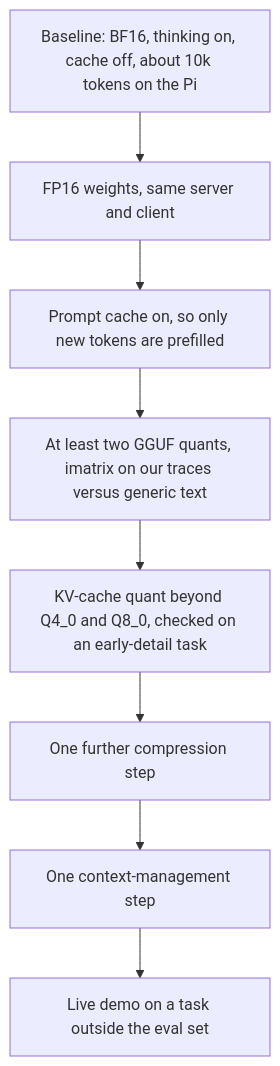
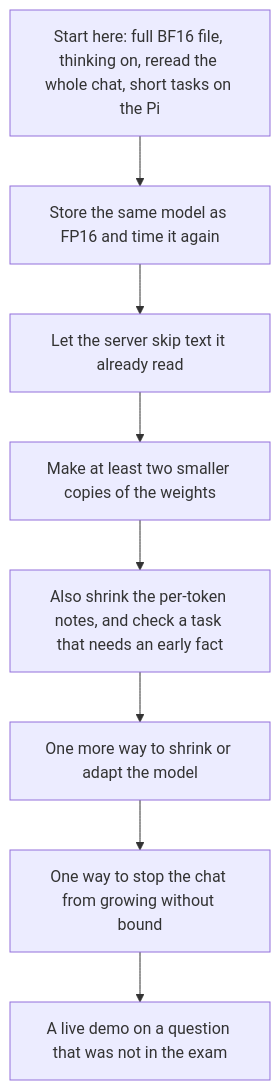
Before and after one commit to WajahatRiaz/g7a1-ai-edge-devices-project: the sixth of 6 diagrams in docs/Presentation.md, drawn with Mermaid. The commit also changed other lines of this file, not shown here.

````diff
--- a/docs/Presentation.md
+++ b/docs/Presentation.md
@@ -275,11 +381,11 @@
 ```mermaid
 flowchart TD
-  B[Baseline: BF16, thinking on, cache off, about 10k tokens on the Pi]
-  B --> F[FP16 weights, same server and client]
-  F --> C[Prompt cache on, so only new tokens are prefilled]
-  C --> Q[At least two GGUF quants, imatrix on our traces versus generic text]
-  Q --> K[KV-cache quant beyond Q4_0 and Q8_0, checked on an early-detail task]
-  K --> R[One further compression step]
-  R --> X[One context-management step]
-  X --> D[Live demo on a task outside the eval set]
+  B[Start here: full BF16 file, thinking on, reread the whole chat, short tasks on the Pi]
+  B --> F[Store the same model as FP16 and time it again]
+  F --> C[Let the server skip text it already read]
+  C --> Q[Make at least two smaller copies of the weights]
+  Q --> K[Also shrink the per-token notes, and check a task that needs an early fact]
+  K --> R[One more way to shrink or adapt the model]
+  R --> X[One way to stop the chat from growing without bound]
+  X --> D[A live demo on a question that was not in the exam]
 ```
````
